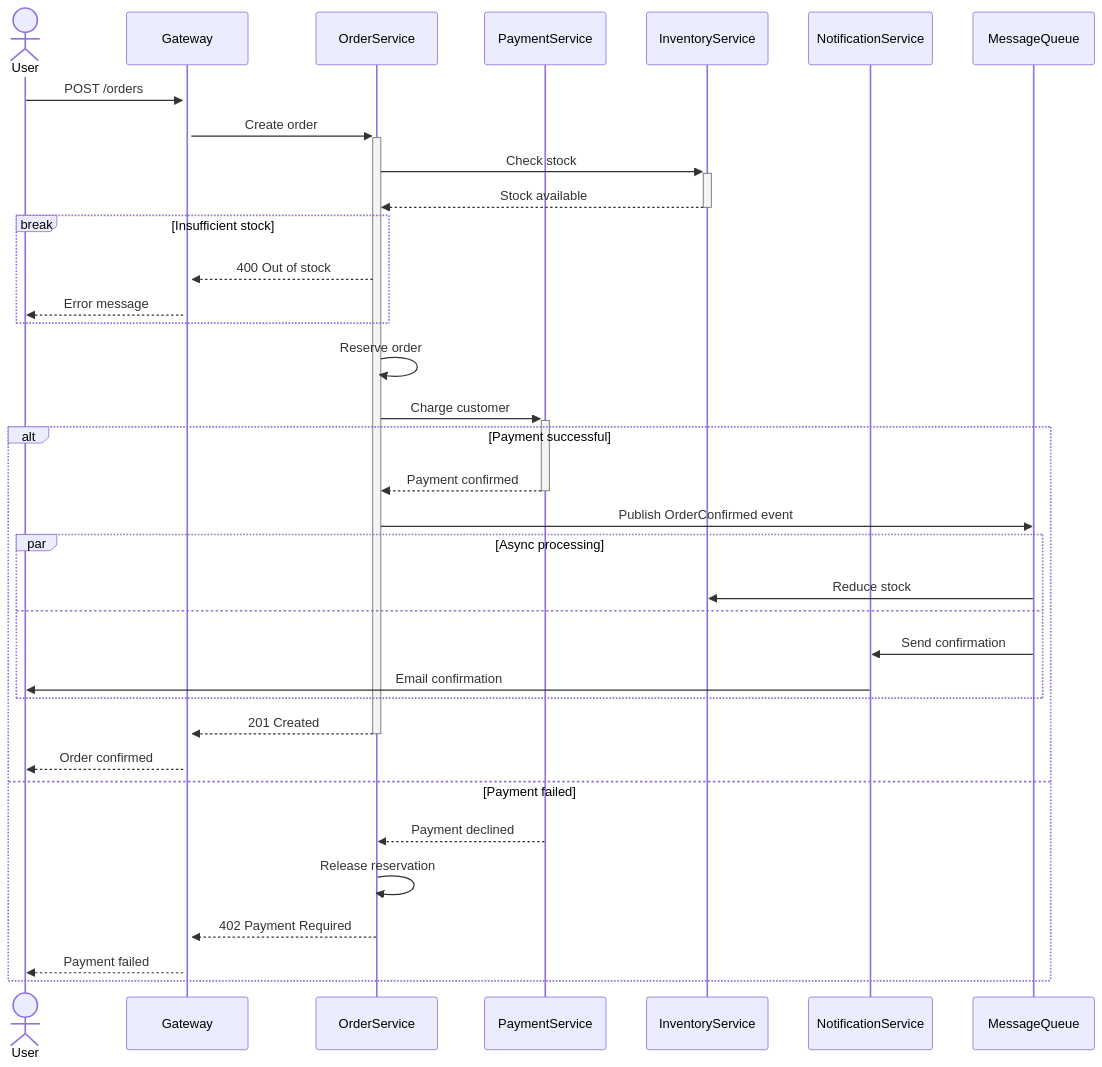
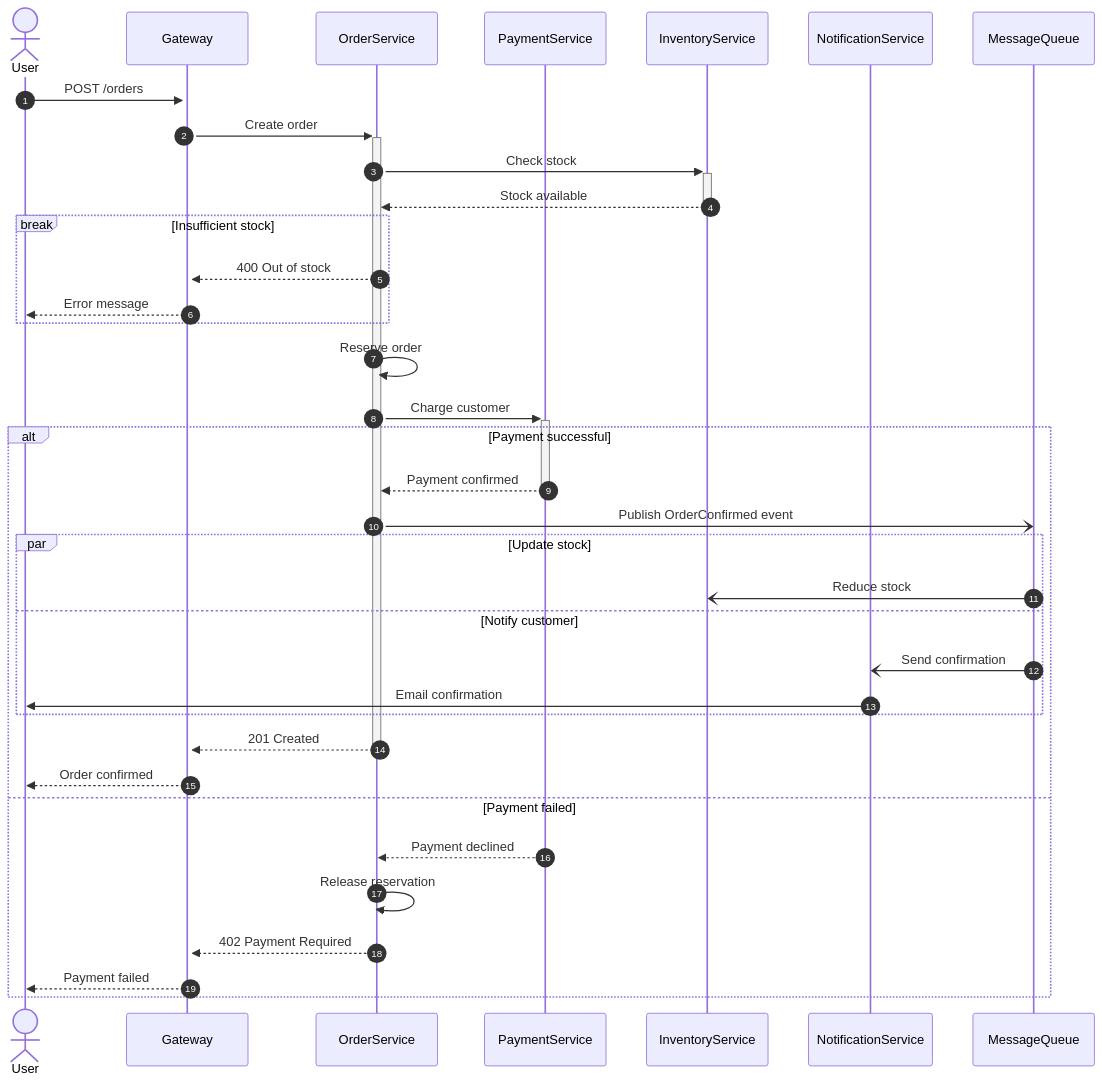
One commit to costa-marcello/repertoire changed diagram 21 of 21 in skills/mermaid-diagrams/references/sequence-diagrams.md. Above: the diagram before and after it, drawn with Mermaid. The commit also changed other lines of this file and 12 other files, not shown here.

First line of the commit message:
Fix mermaid-diagrams examples that broke its own rules

````diff
--- a/skills/mermaid-diagrams/references/sequence-diagrams.md
+++ b/skills/mermaid-diagrams/references/sequence-diagrams.md
@@ -399,44 +407,45 @@
 ```mermaid
 sequenceDiagram
+    autonumber
     actor User
     participant Gateway
     participant OrderService
     participant PaymentService
     participant InventoryService
     participant NotificationService
     participant MessageQueue
 
     User->>+Gateway: POST /orders
     Gateway->>+OrderService: Create order
 
     OrderService->>+InventoryService: Check stock
     InventoryService-->>-OrderService: Stock available
 
     break Insufficient stock
         OrderService-->>Gateway: 400 Out of stock
         Gateway-->>User: Error message
     end
 
     OrderService->>OrderService: Reserve order
     OrderService->>+PaymentService: Charge customer
 
     alt Payment successful
         PaymentService-->>-OrderService: Payment confirmed
-        OrderService->>MessageQueue: Publish OrderConfirmed event
+        OrderService-)MessageQueue: Publish OrderConfirmed event
 
-        par Async processing
-            MessageQueue->>InventoryService: Reduce stock
-        and
-            MessageQueue->>NotificationService: Send confirmation
+        par Update stock
+            MessageQueue-)InventoryService: Reduce stock
+        and Notify customer
+            MessageQueue-)NotificationService: Send confirmation
             NotificationService->>User: Email confirmation
         end
 
         OrderService-->>-Gateway: 201 Created
         Gateway-->>User: Order confirmed
     else Payment failed
         PaymentService-->>OrderService: Payment declined
         OrderService->>OrderService: Release reservation
         OrderService-->>Gateway: 402 Payment Required
         Gateway-->>User: Payment failed
     end
 ```
````
